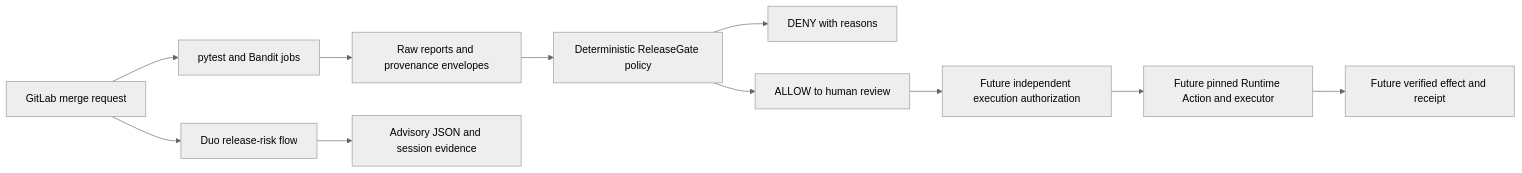
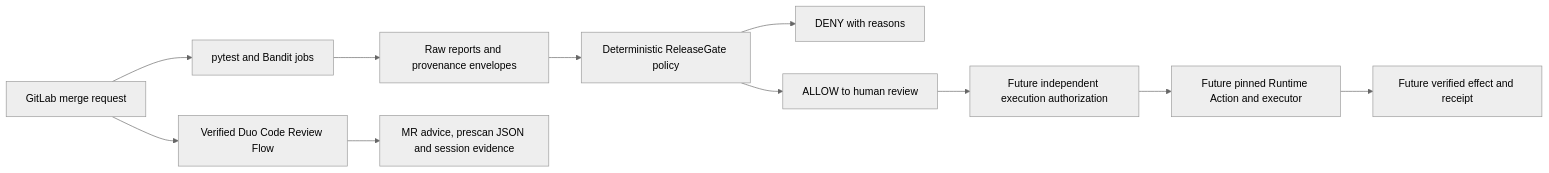
The diagram in docs/architecture.md (miku-wwl/agentic-release-gate), drawn with Mermaid (neutral theme) before and after one commit. The commit also changed other lines of this file and 5 other files, not shown here.

````diff
--- a/docs/architecture.md
+++ b/docs/architecture.md
@@ -10,13 +11,13 @@
 ```mermaid
 flowchart LR
     MR[GitLab merge request] --> CI[pytest and Bandit jobs]
-    MR --> DUO[Duo release-risk flow]
+    MR --> DUO[Verified Duo Code Review Flow]
     CI --> RAW[Raw reports and provenance envelopes]
     RAW --> POLICY[Deterministic ReleaseGate policy]
-    DUO --> ADVICE[Advisory JSON and session evidence]
+    DUO --> ADVICE[MR advice, prescan JSON and session evidence]
     POLICY --> DENY[DENY with reasons]
     POLICY --> HUMAN[ALLOW to human review]
     HUMAN --> AUTH[Future independent execution authorization]
     AUTH --> RUNTIME[Future pinned Runtime Action and executor]
     RUNTIME --> RECEIPT[Future verified effect and receipt]
 ```
````
